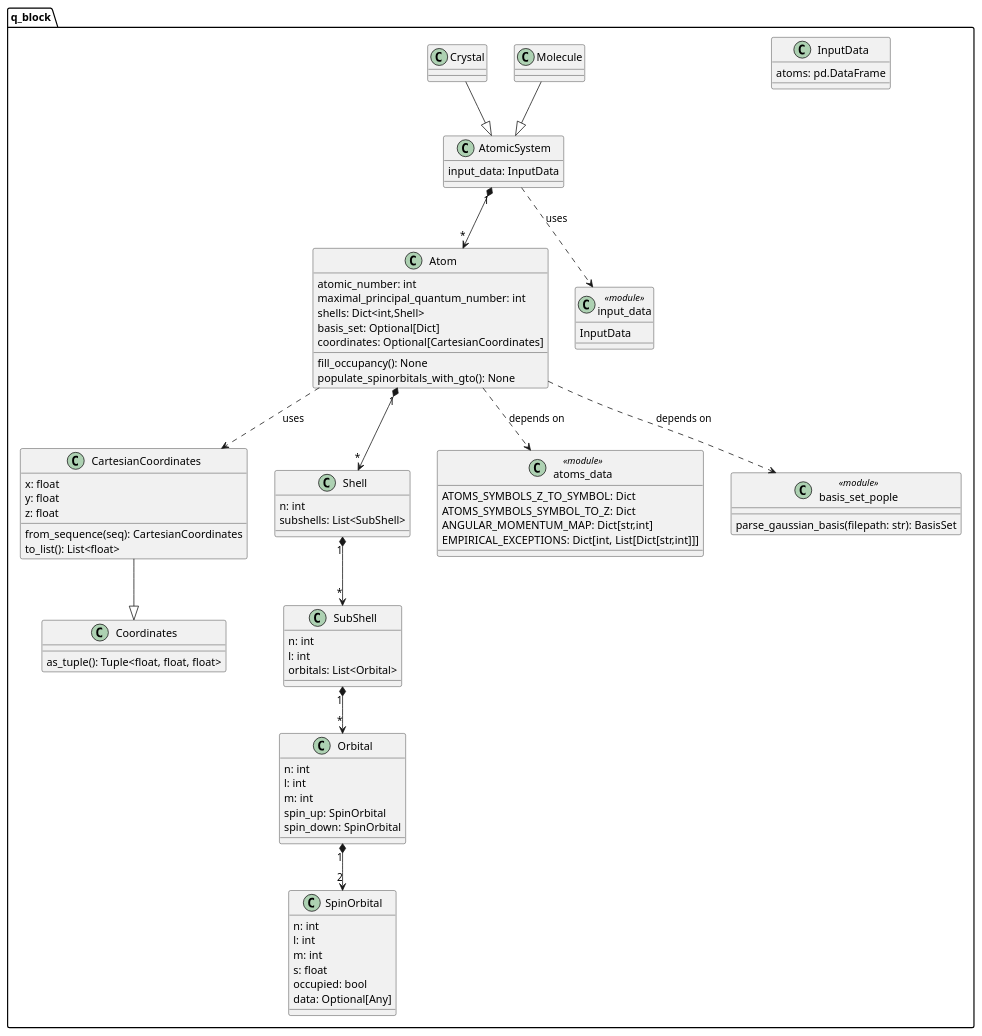
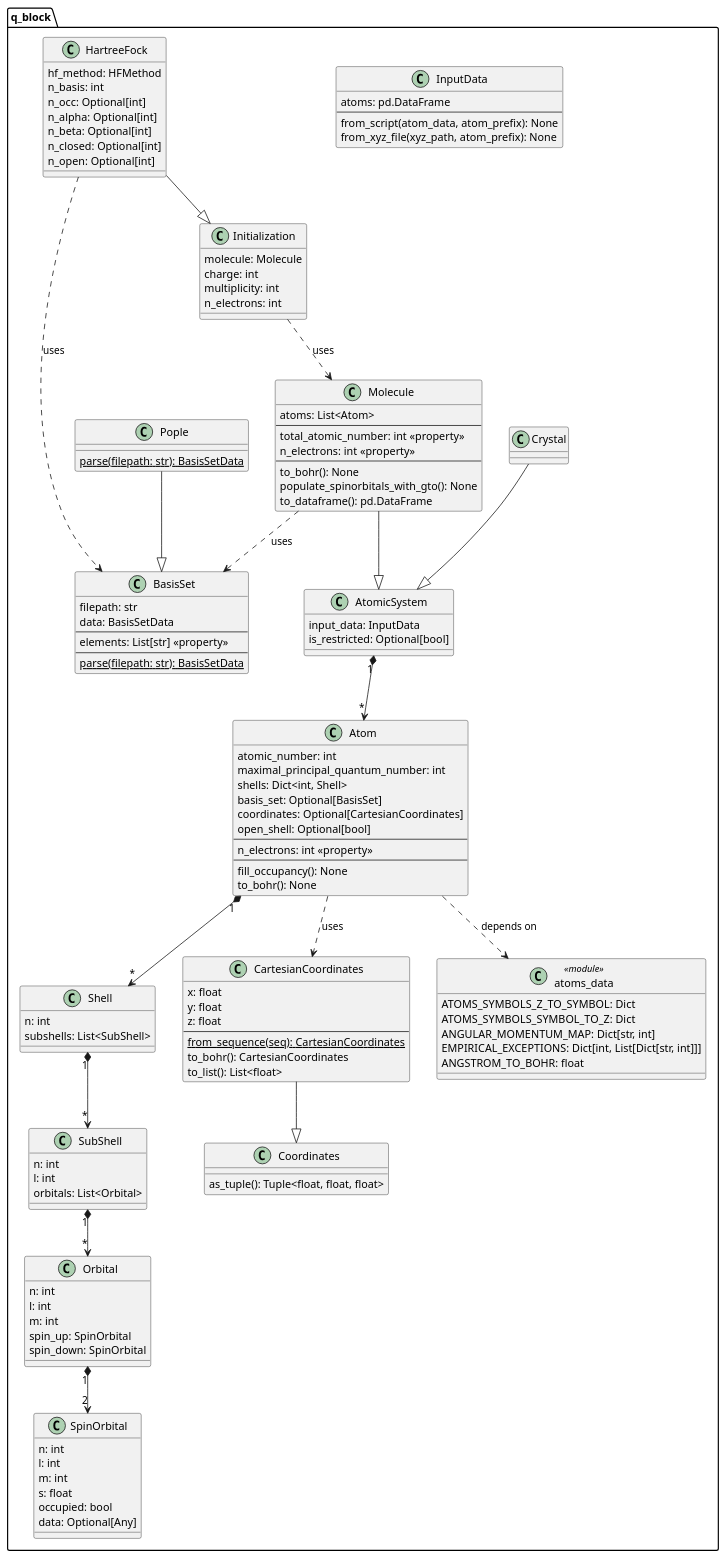
Before and after one commit to milosz-martynow/qBlock: the diagram in architecture/bdd_q_block.puml, drawn with PlantUML. The commit also changed 18 other files, not shown here.

Commit message:
update basis set and update the initialization module

```diff
--- a/architecture/bdd_q_block.puml
+++ b/architecture/bdd_q_block.puml
@@ -1,109 +1,175 @@
 @startuml
 ' ==========================================================
 ' Block Definition Diagram for package q_block
 ' ==========================================================
 
 package "q_block" {
 
+    ' ----------------------------------------------------------
+    ' models
+    ' ----------------------------------------------------------
+
     class "Atom" {
         atomic_number: int
         maximal_principal_quantum_number: int
-        shells: Dict<int,Shell>
-        basis_set: Optional[Dict]
+        shells: Dict<int, Shell>
+        basis_set: Optional[BasisSet]
         coordinates: Optional[CartesianCoordinates]
+        open_shell: Optional[bool]
+        --
+        n_electrons: int <<property>>
+        --
         fill_occupancy(): None
-        populate_spinorbitals_with_gto(): None
-    }
-
-    class "CartesianCoordinates" {
-        x: float
-        y: float
-        z: float
-        from_sequence(seq): CartesianCoordinates
-        to_list(): List<float>
-    }
-
-    class "Coordinates" {
-        as_tuple(): Tuple<float, float, float>
+        to_bohr(): None
     }
 
     class "SpinOrbital" {
         n: int
         l: int
         m: int
         s: float
         occupied: bool
         data: Optional[Any]
     }
 
     class "Orbital" {
         n: int
         l: int
         m: int
         spin_up: SpinOrbital
         spin_down: SpinOrbital
     }
 
     class "SubShell" {
         n: int
         l: int
         orbitals: List<Orbital>
     }
 
     class "Shell" {
         n: int
         subshells: List<SubShell>
     }
 
+    ' ----------------------------------------------------------
+    ' io
+    ' ----------------------------------------------------------
+
+    class "Coordinates" {
+        as_tuple(): Tuple<float, float, float>
+    }
+
+    class "CartesianCoordinates" {
+        x: float
+        y: float
+        z: float
+        --
+        {static} from_sequence(seq): CartesianCoordinates
+        to_bohr(): CartesianCoordinates
+        to_list(): List<float>
+    }
+
     class "InputData" {
         atoms: pd.DataFrame
+        --
+        from_script(atom_data, atom_prefix): None
+        from_xyz_file(xyz_path, atom_prefix): None
     }
+
+    class "BasisSet" as BS {
+        filepath: str
+        data: BasisSetData
+        --
+        elements: List[str] <<property>>
+        --
+        {static} parse(filepath: str): BasisSetData
+    }
+
+    class "Pople" as BSP {
+        {static} parse(filepath: str): BasisSetData
+    }
+
+    ' ----------------------------------------------------------
+    ' systems
+    ' ----------------------------------------------------------
 
     class "AtomicSystem" {
         input_data: InputData
+        is_restricted: Optional[bool]
     }
 
     class "Molecule" {
+        atoms: List<Atom>
+        --
+        total_atomic_number: int <<property>>
+        n_electrons: int <<property>>
+        --
+        to_bohr(): None
+        populate_spinorbitals_with_gto(): None
+        to_dataframe(): pd.DataFrame
     }
 
     class "Crystal" {
     }
 
+    ' ----------------------------------------------------------
+    ' theory.initialization
+    ' ----------------------------------------------------------
+
+    class "Initialization" {
+        molecule: Molecule
+        charge: int
+        multiplicity: int
+        n_electrons: int
+    }
+
+    class "HartreeFock" {
+        hf_method: HFMethod
+        n_basis: int
+        n_occ: Optional[int]
+        n_alpha: Optional[int]
+        n_beta: Optional[int]
+        n_closed: Optional[int]
+        n_open: Optional[int]
+    }
+
+    ' ----------------------------------------------------------
+    ' constants
+    ' ----------------------------------------------------------
+
     class "atoms_data" as AD <<module>> {
         ATOMS_SYMBOLS_Z_TO_SYMBOL: Dict
         ATOMS_SYMBOLS_SYMBOL_TO_Z: Dict
-        ANGULAR_MOMENTUM_MAP: Dict[str,int]
-        EMPIRICAL_EXCEPTIONS: Dict[int, List[Dict[str,int]]]
+        ANGULAR_MOMENTUM_MAP: Dict[str, int]
+        EMPIRICAL_EXCEPTIONS: Dict[int, List[Dict[str, int]]]
+        ANGSTROM_TO_BOHR: float
     }
 
-    class "basis_set_pople" as BSP <<module>> {
-        parse_gaussian_basis(filepath: str): BasisSet
-    }
-
-    class "input_data" as ID <<module>> {
-        InputData
-    }
-
+    ' ----------------------------------------------------------
+    ' Inheritance
+    ' ----------------------------------------------------------
 
     CartesianCoordinates --|> Coordinates
+    BSP                  --|> BS
+    Molecule             --|> AtomicSystem
+    Crystal              --|> AtomicSystem
+    HartreeFock          --|> Initialization
 }
 
 ' ----------------------------------------------------------
 ' Relationships
 ' ----------------------------------------------------------
 
-"Atom" "1" *--> "*" "Shell"
-"Shell" "1" *--> "*" "SubShell"
-"SubShell" "1" *--> "*" "Orbital"
-"Orbital" "1" *--> "2" "SpinOrbital"
+"Atom"         "1" *--> "*" "Shell"
+"Shell"        "1" *--> "*" "SubShell"
+"SubShell"     "1" *--> "*" "Orbital"
+"Orbital"      "1" *--> "2" "SpinOrbital"
 "AtomicSystem" "1" *--> "*" "Atom"
 
-"Molecule" --|> "AtomicSystem"
-"Crystal"  --|> "AtomicSystem"
-
-"Atom" ..> AD  : depends on
-"Atom" ..> BSP : depends on
-"AtomicSystem" ..> ID : uses
-"Atom" ..> "CartesianCoordinates" : uses
+"Atom"           ..> AD  : depends on
+"Atom"           ..> "CartesianCoordinates" : uses
+"Molecule"       ..> BS  : uses
+"Initialization" ..> "Molecule" : uses
+"HartreeFock"    ..> BS  : uses
 
 @enduml
```
